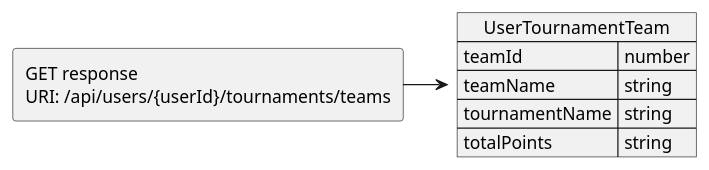
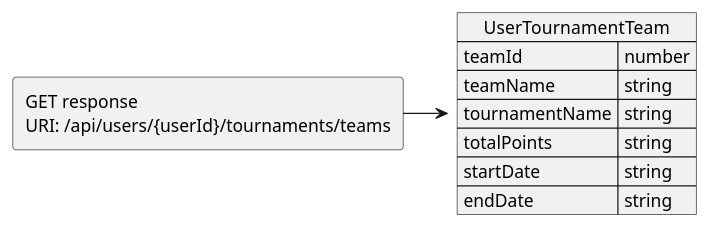
Before and after one commit to JKMN-Projects/TeamTactics: the diagram in docs/JSON Contracts/Responses/GetUserTournamentTeam.puml, drawn with PlantUML.

Commit message:
Added start and end date to get user tournament team

```diff
--- a/docs/JSON Contracts/Responses/GetUserTournamentTeam.puml
+++ b/docs/JSON Contracts/Responses/GetUserTournamentTeam.puml
@@ -1,13 +1,15 @@
 @startuml Get user tournament team response
 allowmixing
 
 agent "GET response \nURI: /api/users/{userId}/tournaments/teams"
   json "UserTournamentTeam" as J {
     "teamId": "number",
     "teamName": "string",
     "tournamentName": "string",
-    "totalPoints": "string"
+    "totalPoints": "string",
+    "startDate": "string",
+    "endDate": "string"
   }
 
 "GET response \nURI: /api/users/{userId}/tournaments/teams" -> J 
 @enduml
```
